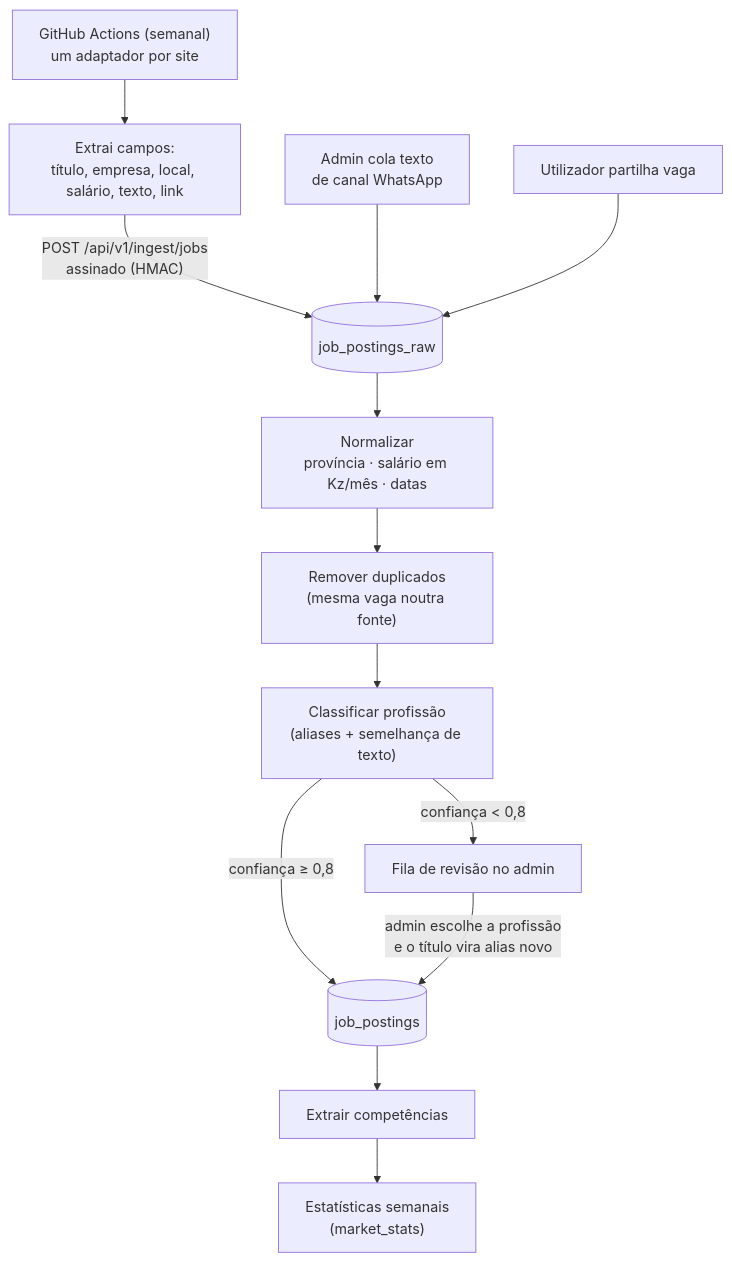
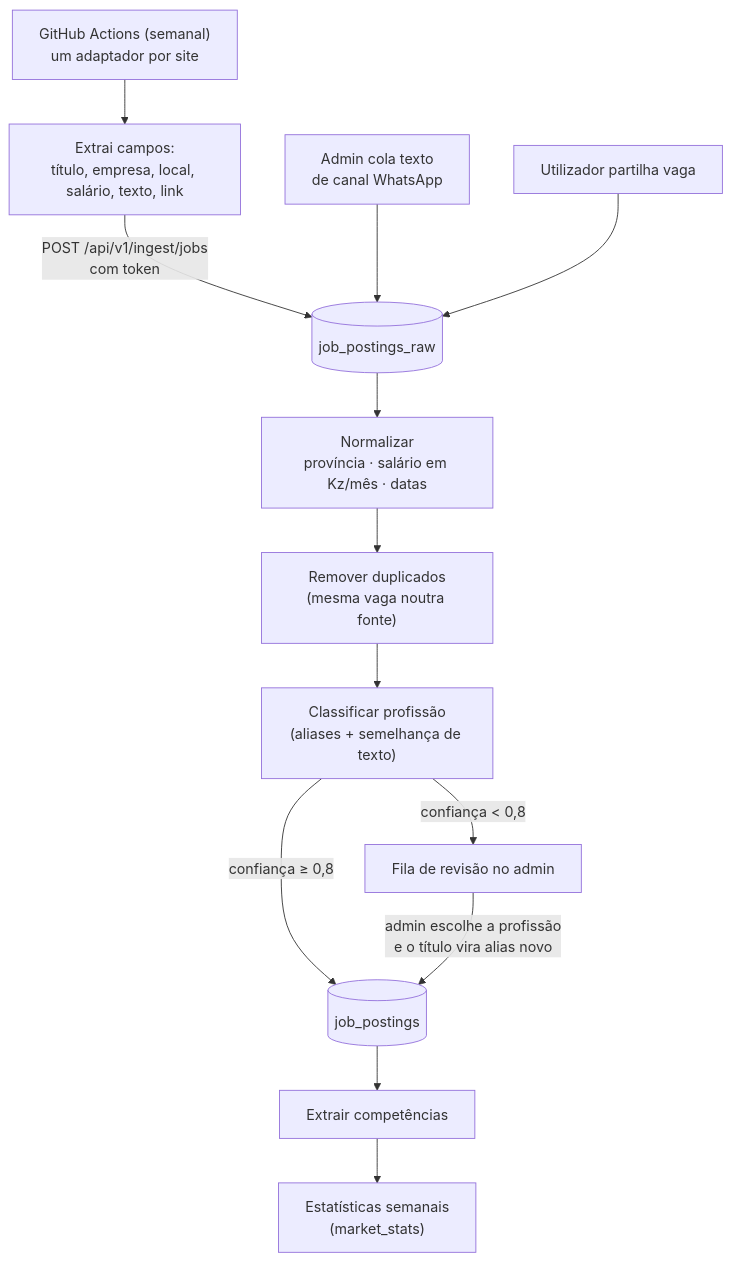
The third of 3 diagrams in docs/arquitetura.md (edu-mena/kaye), drawn with Mermaid before and after one commit. The commit also changed other lines of this file and 39 other files, not shown here.

````diff
--- a/docs/arquitetura.md
+++ b/docs/arquitetura.md
@@ -269,15 +269,15 @@
 ```mermaid
 flowchart TD
   A["GitHub Actions (semanal)<br/>um adaptador por site"] --> B["Extrai campos:<br/>título, empresa, local, salário, texto, link"]
-  B -->|"POST /api/v1/ingest/jobs<br/>assinado (HMAC)"| R[("job_postings_raw")]
+  B -->|"POST /api/v1/ingest/jobs<br/>com token"| R[("job_postings_raw")]
   W["Admin cola texto<br/>de canal WhatsApp"] --> R
   U["Utilizador partilha vaga"] --> R
   R --> N["Normalizar<br/>província · salário em Kz/mês · datas"]
   N --> D["Remover duplicados<br/>(mesma vaga noutra fonte)"]
   D --> C["Classificar profissão<br/>(aliases + semelhança de texto)"]
   C -->|"confiança ≥ 0,8"| P[("job_postings")]
   C -->|"confiança < 0,8"| Q["Fila de revisão no admin"]
   Q -->|"admin escolhe a profissão<br/>e o título vira alias novo"| P
   P --> K["Extrair competências"]
   K --> S["Estatísticas semanais<br/>(market_stats)"]
 ```
````
